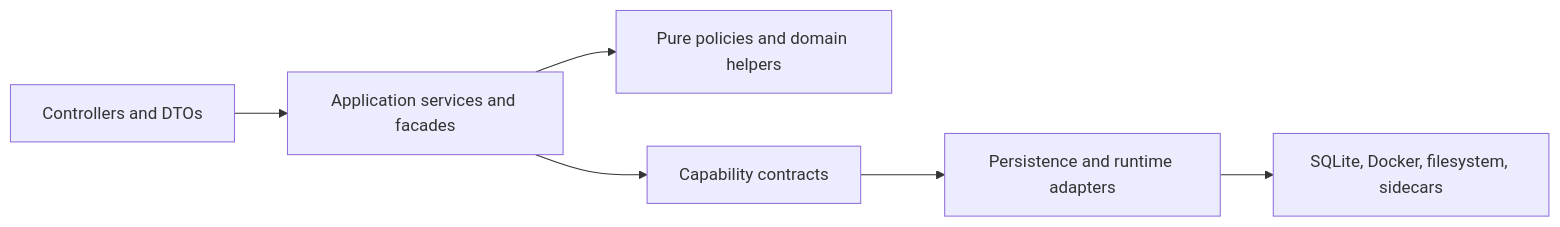
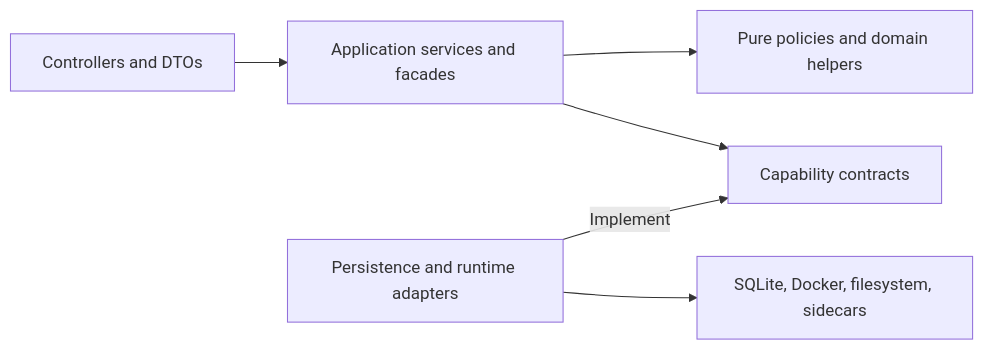
Before and after one commit to maeek/rebroid: the diagram in docs/orchestrator-architecture.md, drawn with Mermaid. The commit also changed other lines of this file and 11 other files, not shown here.

Commit message:
Streamline project architecture docs

````diff
--- a/docs/orchestrator-architecture.md
+++ b/docs/orchestrator-architecture.md
@@ -10,8 +10,8 @@
 ```mermaid
 flowchart LR
   HTTP["Controllers and DTOs"] --> UseCases["Application services and facades"]
   UseCases --> Policy["Pure policies and domain helpers"]
   UseCases --> Ports["Capability contracts"]
-  Ports --> Adapters["Persistence and runtime adapters"]
+  Adapters["Persistence and runtime adapters"] -->|Implement| Ports
   Adapters --> Infra["SQLite, Docker, filesystem, sidecars"]
 ```
````
